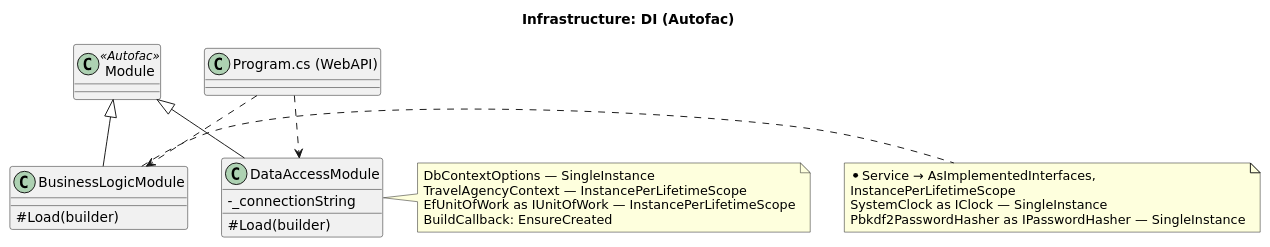
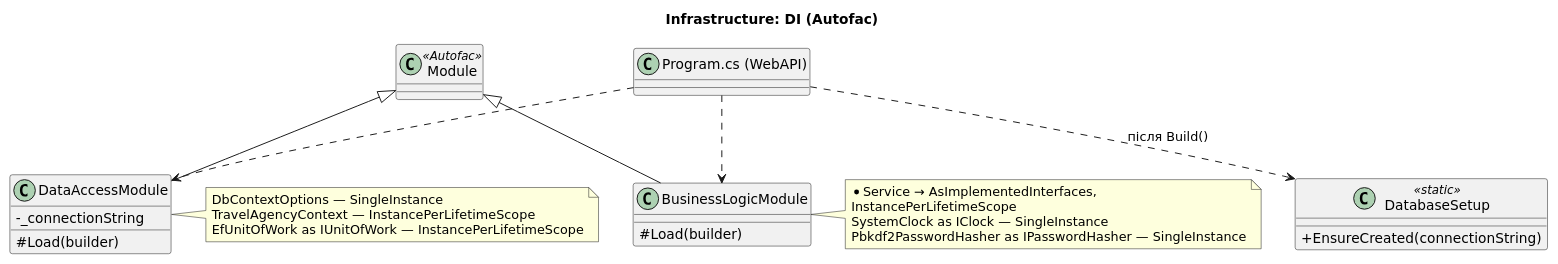
One commit to 01eksandr0/Bz-121-24-1-PI-2-backend changed the diagram in docs/uml/08-infrastructure.puml. Above: the diagram before and after it, drawn with PlantUML. The commit also changed 10 other files, not shown here.

Commit message:
TA-19: update README, UML sources, backlog and CLAUDE.md after review fixes

```diff
--- a/docs/uml/08-infrastructure.puml
+++ b/docs/uml/08-infrastructure.puml
@@ -1,32 +1,35 @@
 @startuml
 skinparam defaultFontName DejaVu Sans
 skinparam shadowing false
 skinparam classAttributeIconSize 0
 skinparam packageStyle rectangle
 title Infrastructure: DI (Autofac)
 class Module <<Autofac>>
 class DataAccessModule {
   - _connectionString
   # Load(builder)
 }
 class BusinessLogicModule {
   # Load(builder)
 }
 class "Program.cs (WebAPI)" as P
+class DatabaseSetup <<static>> {
+  + EnsureCreated(connectionString)
+}
 Module <|-- DataAccessModule
 Module <|-- BusinessLogicModule
 P ..> DataAccessModule
 P ..> BusinessLogicModule
+P ..> DatabaseSetup : після Build()
 note right of DataAccessModule
   DbContextOptions — SingleInstance
   TravelAgencyContext — InstancePerLifetimeScope
   EfUnitOfWork as IUnitOfWork — InstancePerLifetimeScope
-  BuildCallback: EnsureCreated
 end note
 note right of BusinessLogicModule
   *Service → AsImplementedInterfaces,
   InstancePerLifetimeScope
   SystemClock as IClock — SingleInstance
   Pbkdf2PasswordHasher as IPasswordHasher — SingleInstance
 end note
 @enduml
```
